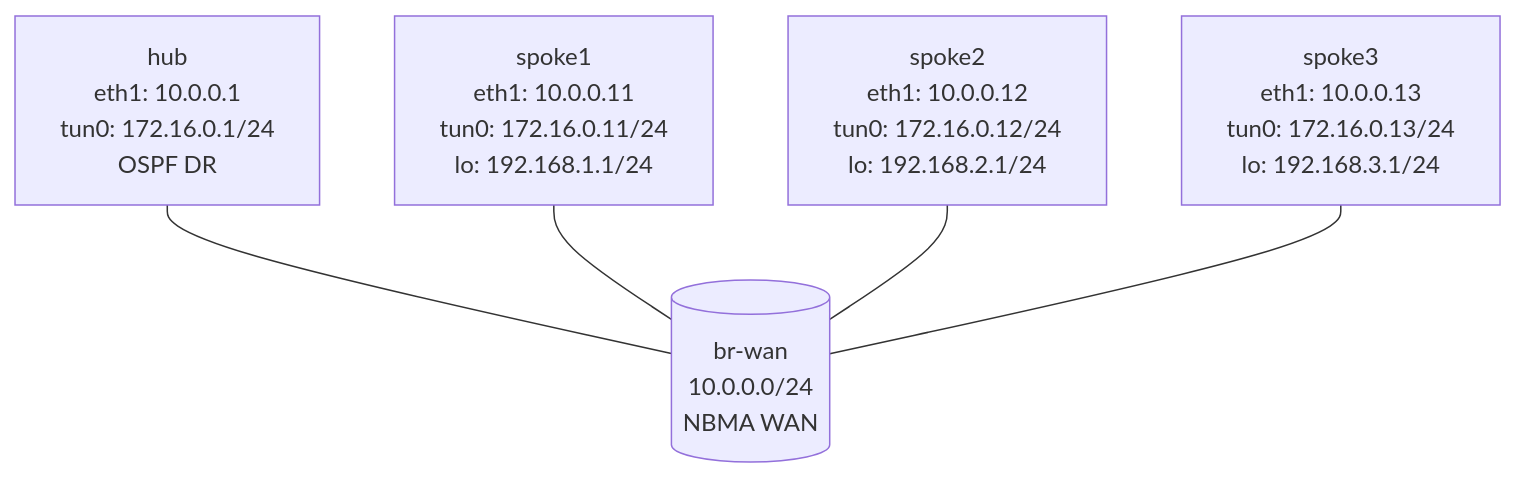
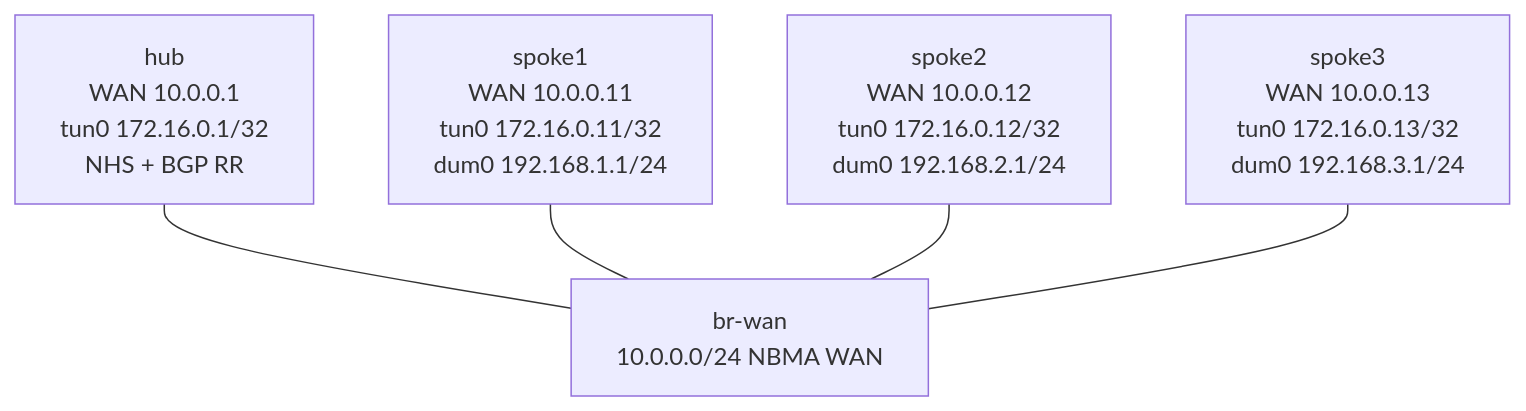
One commit to jschless/networkingLabs changed the diagram in labs/dmvpn-phase2/README.md. Above: the diagram before and after it, drawn with Mermaid. The commit also changed other lines of this file and 281 other files, not shown here.

````diff
--- a/labs/dmvpn-phase2/README.md
+++ b/labs/dmvpn-phase2/README.md
@@ -11,13 +27,12 @@
 ```mermaid
 flowchart TB
-    brwan[("br-wan<br/>10.0.0.0/24<br/>NBMA WAN")]
-    hub["hub<br/>eth1: 10.0.0.1<br/>tun0: 172.16.0.1/24<br/>OSPF DR"]
-    spoke1["spoke1<br/>eth1: 10.0.0.11<br/>tun0: 172.16.0.11/24<br/>lo: 192.168.1.1/24"]
-    spoke2["spoke2<br/>eth1: 10.0.0.12<br/>tun0: 172.16.0.12/24<br/>lo: 192.168.2.1/24"]
-    spoke3["spoke3<br/>eth1: 10.0.0.13<br/>tun0: 172.16.0.13/24<br/>lo: 192.168.3.1/24"]
-
-    hub --- brwan
-    spoke1 --- brwan
-    spoke2 --- brwan
-    spoke3 --- brwan
+    wan["br-wan<br/>10.0.0.0/24 NBMA WAN"]
+    hub["hub<br/>WAN 10.0.0.1<br/>tun0 172.16.0.1/32<br/>NHS + BGP RR"]
+    s1["spoke1<br/>WAN 10.0.0.11<br/>tun0 172.16.0.11/32<br/>dum0 192.168.1.1/24"]
+    s2["spoke2<br/>WAN 10.0.0.12<br/>tun0 172.16.0.12/32<br/>dum0 192.168.2.1/24"]
+    s3["spoke3<br/>WAN 10.0.0.13<br/>tun0 172.16.0.13/32<br/>dum0 192.168.3.1/24"]
+    hub --- wan
+    s1 --- wan
+    s2 --- wan
+    s3 --- wan
 ```
````
